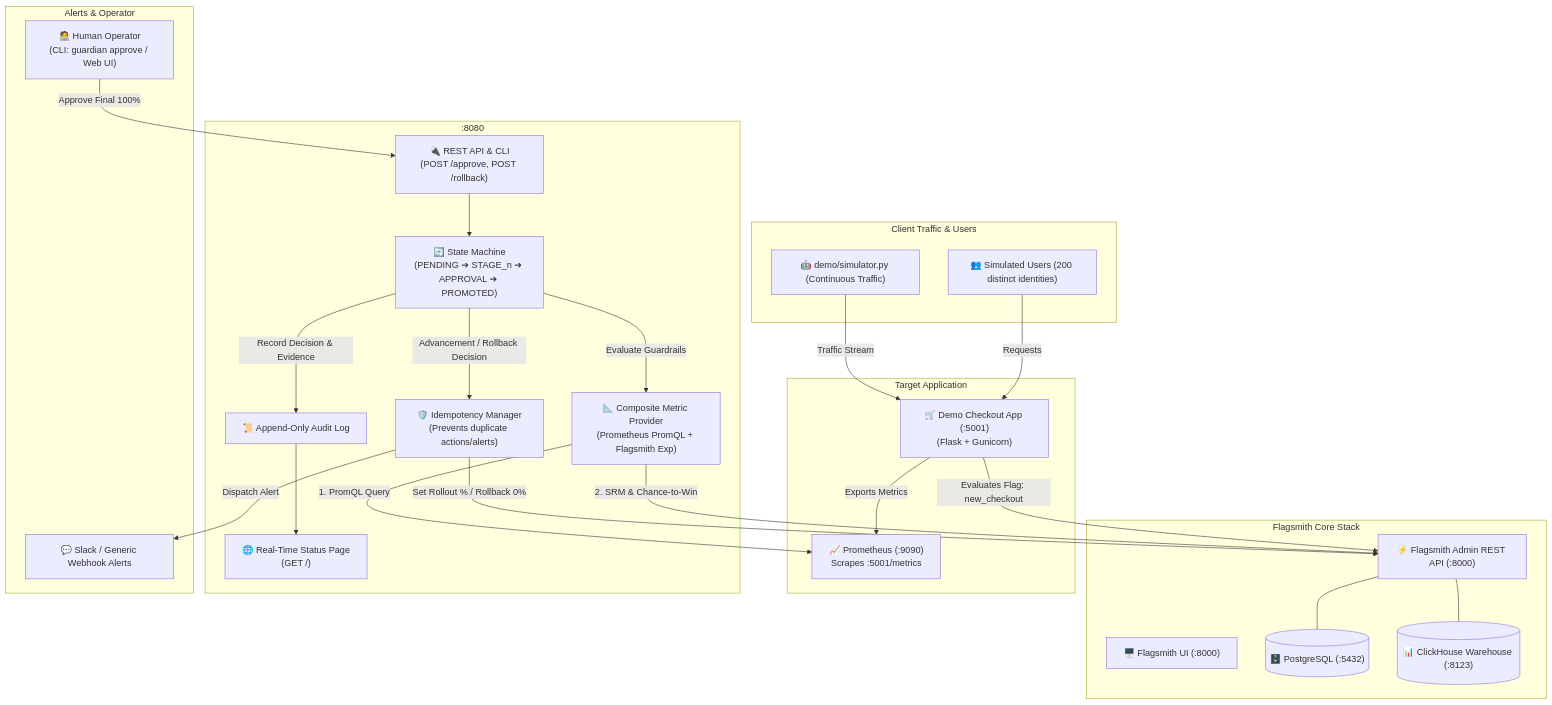
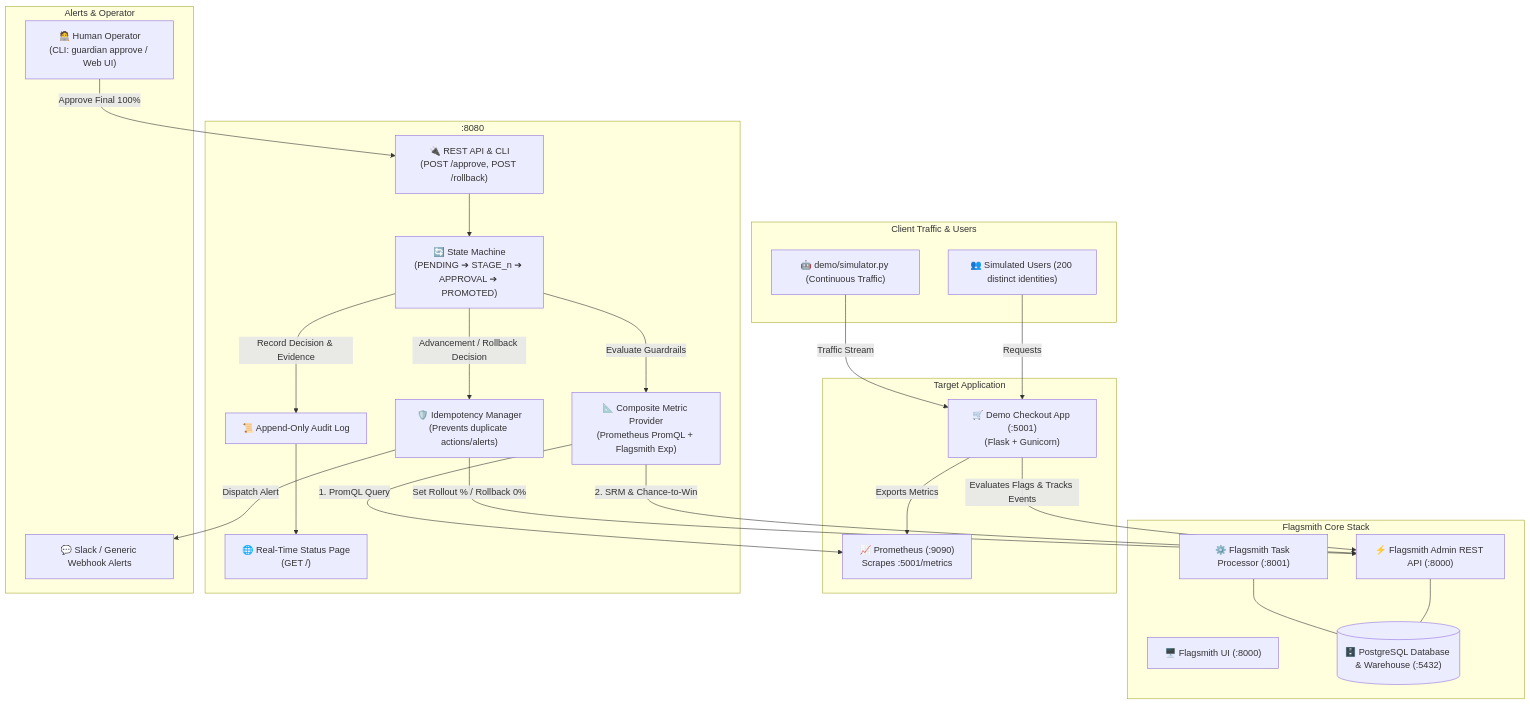
Before and after one commit to Shubhamver45/Flagsmit: the diagram in README.md, drawn with Mermaid. The commit also changed other lines of this file and 14 other files, not shown here.

Commit message:
feat: public API experiment refresh, demo shortcut flag, ClickHouse removal, and status page refinements

````diff
--- a/README.md
+++ b/README.md
@@ -28,51 +28,51 @@
 ```mermaid
 flowchart TD
     subgraph Client Traffic & Users
         Users["👥 Simulated Users (200 distinct identities)"]
         Simulator["🤖 demo/simulator.py (Continuous Traffic)"]
     end
 
     subgraph Flagsmith Core Stack
         FS_UI["🖥️ Flagsmith UI (:8000)"]
         FS_API["⚡ Flagsmith Admin REST API (:8000)"]
-        FS_DB[("🗄️ PostgreSQL (:5432)")]
-        ClickHouse[("📊 ClickHouse Warehouse (:8123)")]
+        FS_DB[("🗄️ PostgreSQL Database & Warehouse (:5432)")]
+        FS_TP["⚙️ Flagsmith Task Processor (:8001)"]
     end
 
     subgraph Target Application
         App["🛒 Demo Checkout App (:5001)<br/>(Flask + Gunicorn)"]
         Prometheus["📈 Prometheus (:9090)<br/>Scrapes :5001/metrics"]
     end
 
     subgraph Guardian Service [":8080"]
         SM["🔄 State Machine<br/>(PENDING ➔ STAGE_n ➔ APPROVAL ➔ PROMOTED)"]
         Metrics["📐 Composite Metric Provider<br/>(Prometheus PromQL + Flagsmith Exp)"]
         Idempotency["🛡️ Idempotency Manager<br/>(Prevents duplicate actions/alerts)"]
         AuditLog["📜 Append-Only Audit Log"]
         StatusPage["🌐 Real-Time Status Page<br/>(GET /)"]
         API["🔌 REST API & CLI<br/>(POST /approve, POST /rollback)"]
     end
 
     subgraph Alerts & Operator
         Operator["🧑‍💻 Human Operator<br/>(CLI: guardian approve / Web UI)"]
         Slack["💬 Slack / Generic Webhook Alerts"]
     end
 
     Users -->|Requests| App
     Simulator -->|Traffic Stream| App
-    App -->|Evaluates Flag: new_checkout| FS_API
+    App -->|Evaluates Flags & Tracks Events| FS_API
     App -->|Exports Metrics| Prometheus
     FS_API --- FS_DB
-    FS_API --- ClickHouse
+    FS_TP --- FS_DB
 
     Metrics -->|1. PromQL Query| Prometheus
     Metrics -->|2. SRM & Chance-to-Win| FS_API
     SM -->|Evaluate Guardrails| Metrics
     SM -->|Advancement / Rollback Decision| Idempotency
     Idempotency -->|Set Rollout % / Rollback 0%| FS_API
     Idempotency -->|Dispatch Alert| Slack
     SM -->|Record Decision & Evidence| AuditLog
     AuditLog --> StatusPage
     Operator -->|Approve Final 100%| API
     API --> SM
 ```
````
